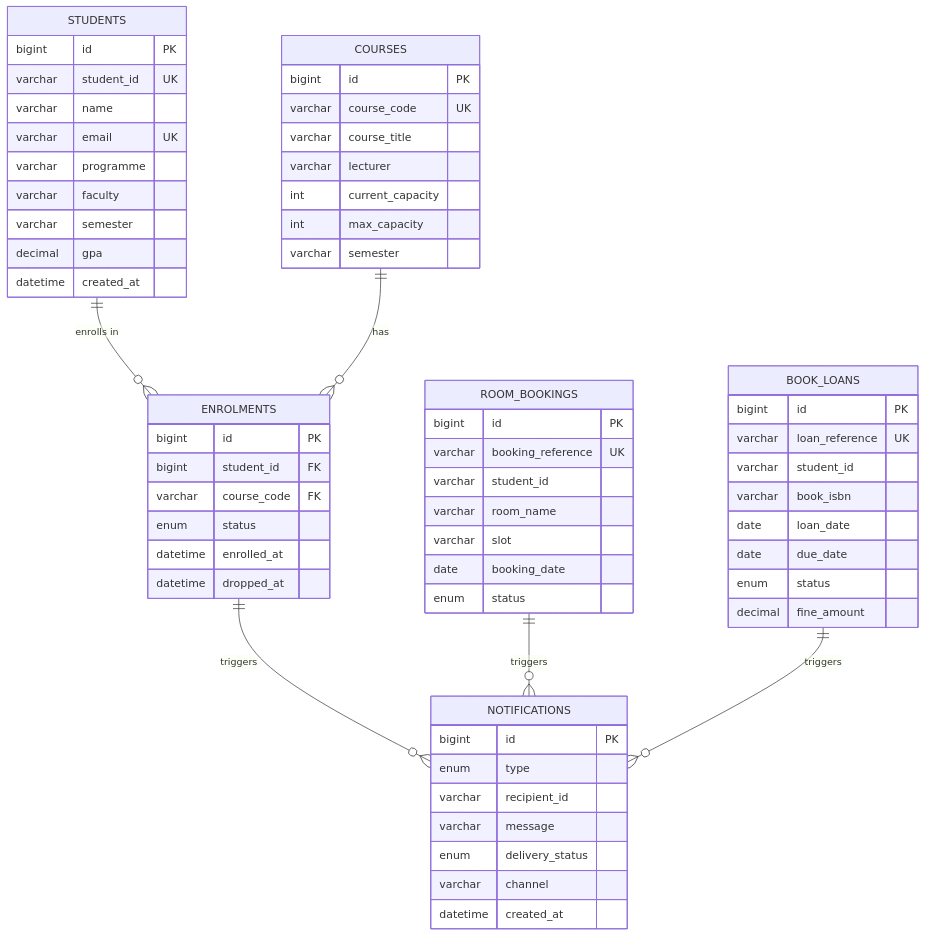
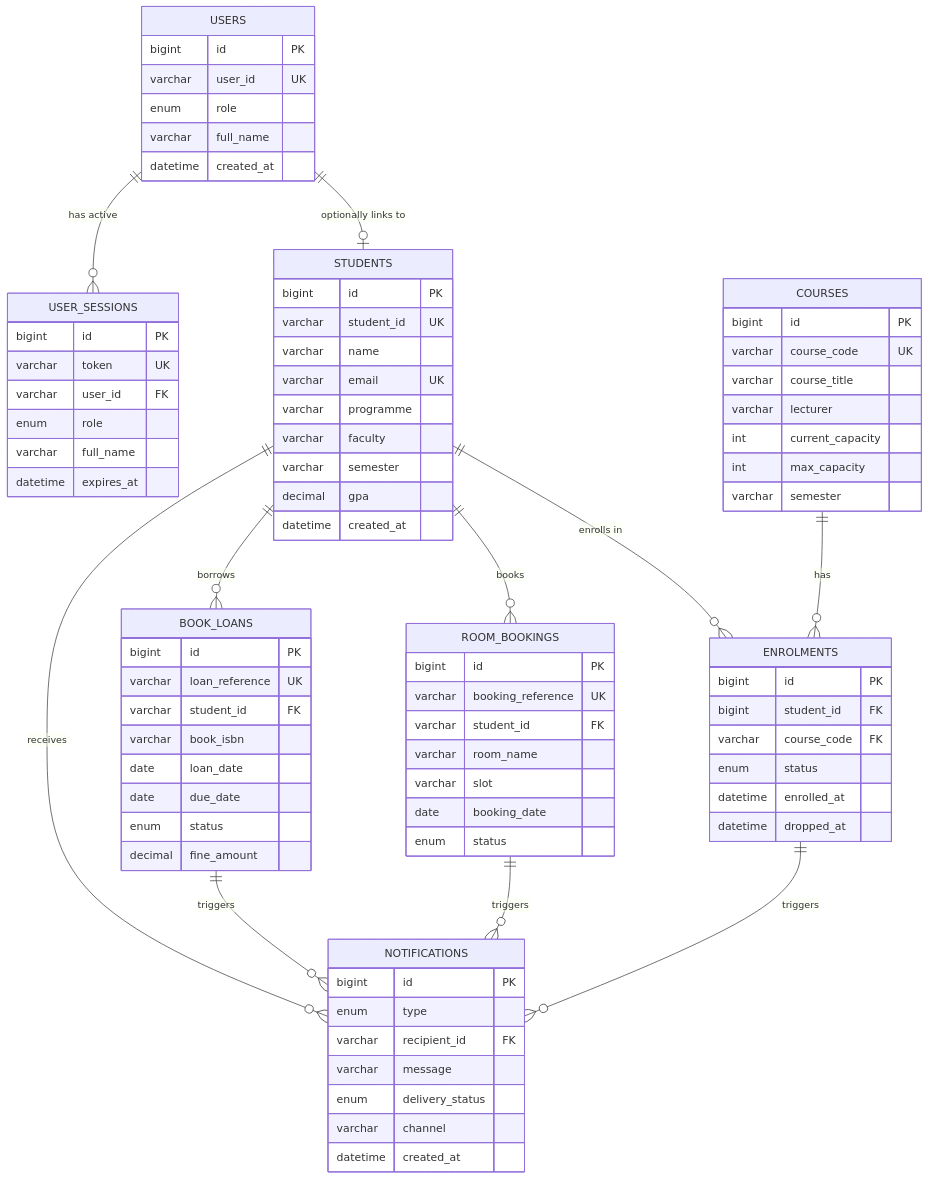
The second of 2 diagrams in README.md (AzimAminz/SmartCampusConnect), drawn with Mermaid before and after one commit. The commit also changed other lines of this file, not shown here.

Commit message:
update Readme ERD

````diff
--- a/README.md
+++ b/README.md
@@ -429,5 +502,22 @@
 ```mermaid
 erDiagram
+    USERS {
+        bigint id PK
+        varchar user_id UK
+        enum role
+        varchar full_name
+        datetime created_at
+    }
+
+    USER_SESSIONS {
+        bigint id PK
+        varchar token UK
+        varchar user_id FK
+        enum role
+        varchar full_name
+        datetime expires_at
+    }
+
     STUDENTS {
         bigint id PK
         varchar student_id UK
@@ -462,7 +552,7 @@
     ROOM_BOOKINGS {
         bigint id PK
         varchar booking_reference UK
-        varchar student_id
+        varchar student_id FK
         varchar room_name
         varchar slot
         date booking_date
@@ -472,7 +562,7 @@
     BOOK_LOANS {
         bigint id PK
         varchar loan_reference UK
-        varchar student_id
+        varchar student_id FK
         varchar book_isbn
         date loan_date
         date due_date
@@ -483,15 +573,20 @@
     NOTIFICATIONS {
         bigint id PK
         enum type
-        varchar recipient_id
+        varchar recipient_id FK
         varchar message
         enum delivery_status
         varchar channel
         datetime created_at
     }
 
+    USERS ||--o| STUDENTS : "optionally links to"
+    USERS ||--o{ USER_SESSIONS : "has active"
     STUDENTS ||--o{ ENROLMENTS : "enrolls in"
     COURSES   ||--o{ ENROLMENTS : "has"
+    STUDENTS ||--o{ ROOM_BOOKINGS : "books"
+    STUDENTS ||--o{ BOOK_LOANS : "borrows"
+    STUDENTS ||--o{ NOTIFICATIONS : "receives"
     ENROLMENTS ||--o{ NOTIFICATIONS : "triggers"
     ROOM_BOOKINGS ||--o{ NOTIFICATIONS : "triggers"
     BOOK_LOANS    ||--o{ NOTIFICATIONS : "triggers"
````
